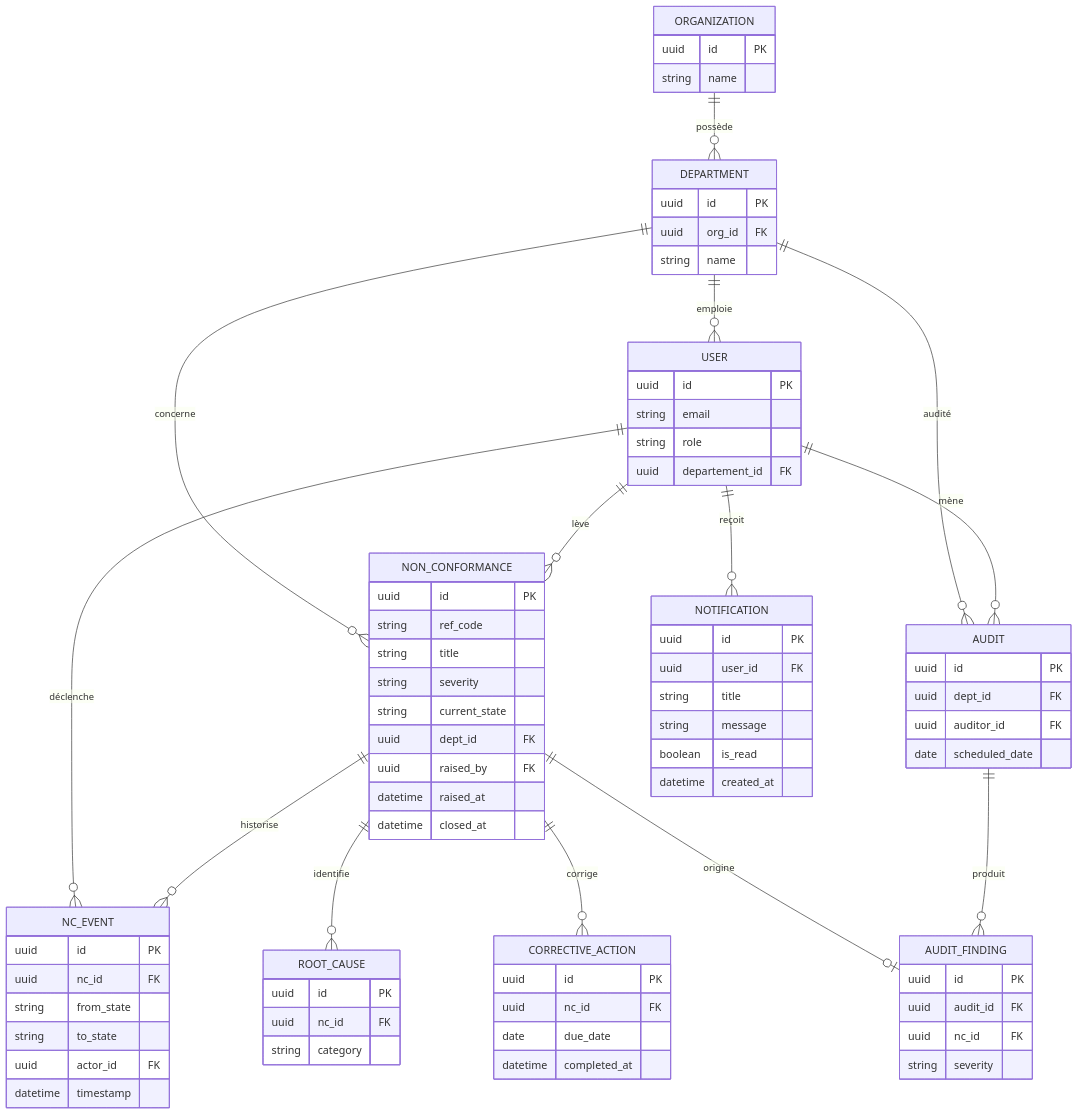
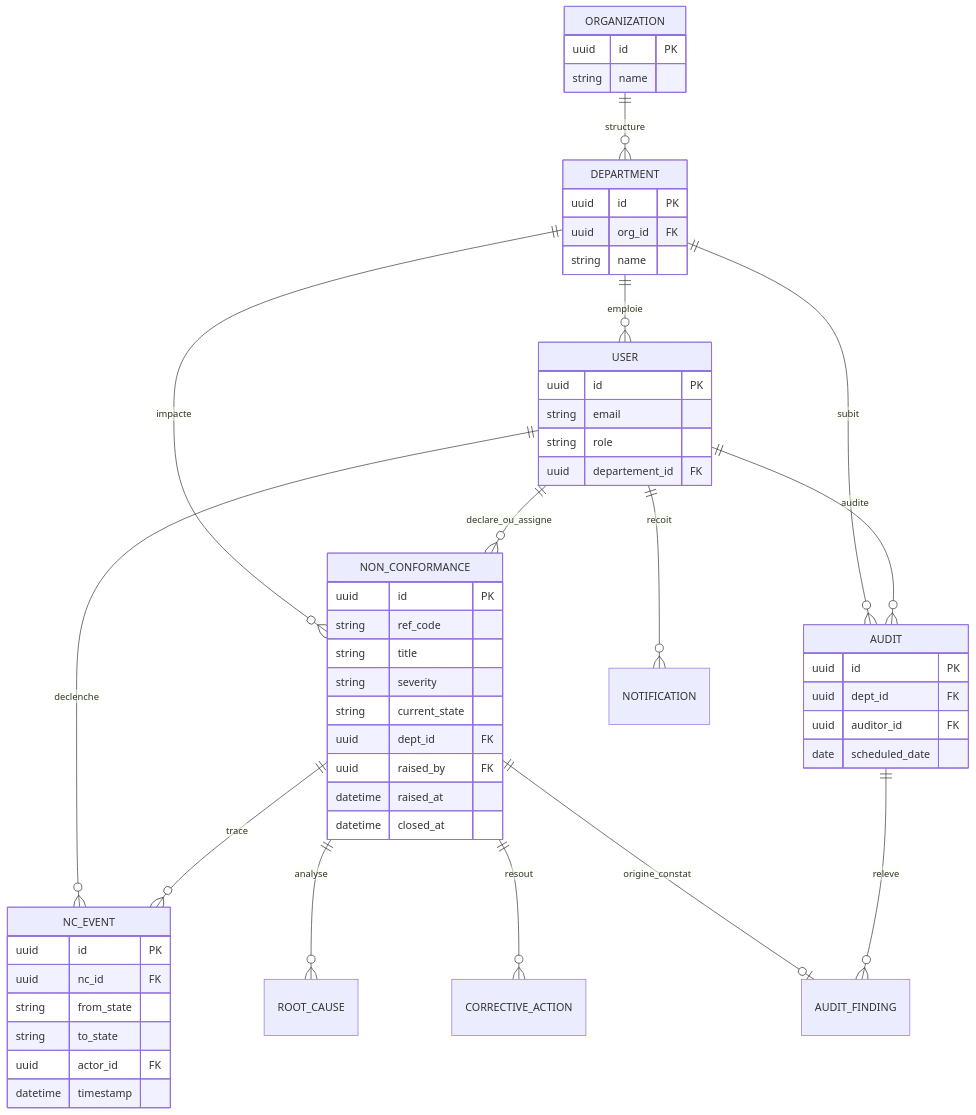
One commit to bdraja09/nexus-quality-tracker changed the third of 3 diagrams in README.md. Above: the diagram before and after it, drawn with Mermaid. The commit also changed other lines of this file and 5 other files, not shown here.

````diff
--- a/README.md
+++ b/README.md
@@ -125,21 +168,21 @@
 ```mermaid
 erDiagram
-    ORGANIZATION ||--o{ DEPARTMENT : possède
+    ORGANIZATION ||--o{ DEPARTMENT : structure
     DEPARTMENT ||--o{ USER : emploie
-    DEPARTMENT ||--o{ NON_CONFORMANCE : concerne
-    DEPARTMENT ||--o{ AUDIT : audité
+    DEPARTMENT ||--o{ NON_CONFORMANCE : impacte
+    DEPARTMENT ||--o{ AUDIT : subit
 
-    USER ||--o{ NON_CONFORMANCE : lève
-    USER ||--o{ NC_EVENT : déclenche
-    USER ||--o{ AUDIT : mène
-    USER ||--o{ NOTIFICATION : reçoit
+    USER ||--o{ NON_CONFORMANCE : declare_ou_assigne
+    USER ||--o{ NC_EVENT : declenche
+    USER ||--o{ AUDIT : audite
+    USER ||--o{ NOTIFICATION : recoit
 
-    NON_CONFORMANCE ||--o{ NC_EVENT : historise
-    NON_CONFORMANCE ||--o{ ROOT_CAUSE : identifie
-    NON_CONFORMANCE ||--o{ CORRECTIVE_ACTION : corrige
-    NON_CONFORMANCE ||--o| AUDIT_FINDING : origine
+    NON_CONFORMANCE ||--o{ NC_EVENT : trace
+    NON_CONFORMANCE ||--o{ ROOT_CAUSE : analyse
+    NON_CONFORMANCE ||--o{ CORRECTIVE_ACTION : resout
+    NON_CONFORMANCE ||--o| AUDIT_FINDING : origine_constat
 
-    AUDIT ||--o{ AUDIT_FINDING : produit
+    AUDIT ||--o{ AUDIT_FINDING : releve
 
     ORGANIZATION {
         uuid id PK
@@ -175,35 +218,10 @@
         uuid actor_id FK
         datetime timestamp
     }
-    ROOT_CAUSE {
-        uuid id PK
-        uuid nc_id FK
-        string category
-    }
-    CORRECTIVE_ACTION {
-        uuid id PK
-        uuid nc_id FK
-        date due_date
-        datetime completed_at
-    }
     AUDIT {
         uuid id PK
         uuid dept_id FK
         uuid auditor_id FK
         date scheduled_date
     }
-    AUDIT_FINDING {
-        uuid id PK
-        uuid audit_id FK
-        uuid nc_id FK
-        string severity
-    }
-    NOTIFICATION {
-        uuid id PK
-        uuid user_id FK
-        string title
-        string message
-        boolean is_read
-        datetime created_at
-    }
 ```
````
